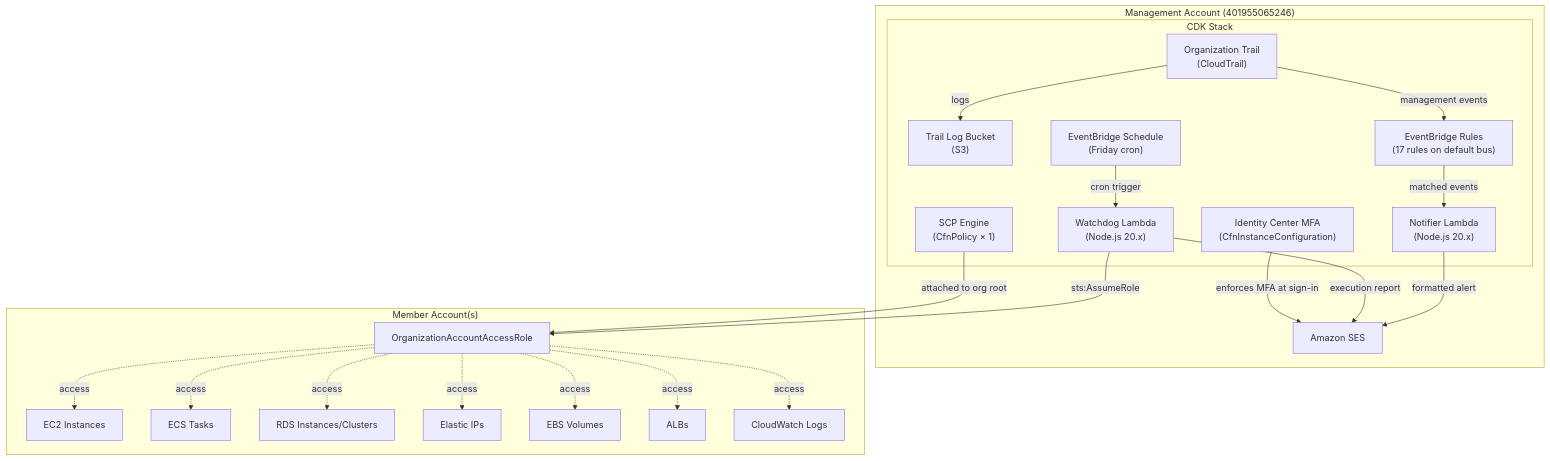
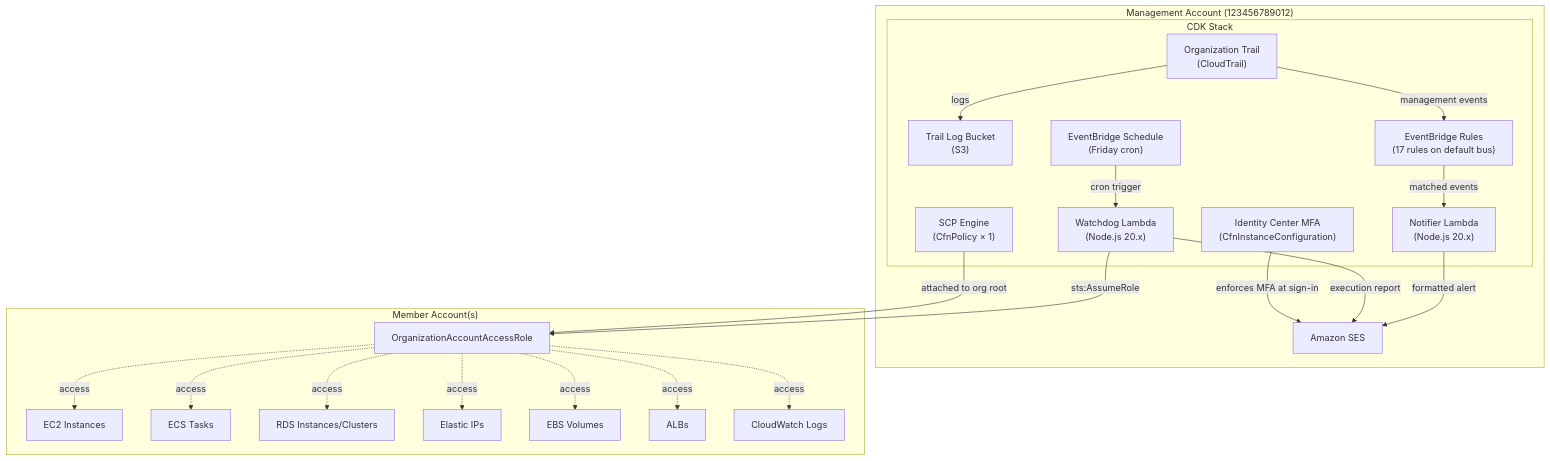
The diagram in .kiro/specs/org-security-controls/design.md (sebsto/aws-org-security-controls), drawn with Mermaid before and after one commit. The commit also changed other lines of this file and 5 other files, not shown here.

````diff
--- a/.kiro/specs/org-security-controls/design.md
+++ b/.kiro/specs/org-security-controls/design.md
@@ -30,46 +30,46 @@
 ```mermaid
 graph TB
-    subgraph "Management Account (401955065246)"
+    subgraph "Management Account (123456789012)"
         subgraph "CDK Stack"
             SCP_Engine["SCP Engine<br/>(CfnPolicy × 1)"]
             IDC_MFA["Identity Center MFA<br/>(CfnInstanceConfiguration)"]
             OrgTrail["Organization Trail<br/>(CloudTrail)"]
             S3Bucket["Trail Log Bucket<br/>(S3)"]
             EB_Rules["EventBridge Rules<br/>(17 rules on default bus)"]
             NotifierLambda["Notifier Lambda<br/>(Node.js 20.x)"]
             WatchdogLambda["Watchdog Lambda<br/>(Node.js 20.x)"]
             Schedule["EventBridge Schedule<br/>(Friday cron)"]
         end
         
         SES["Amazon SES"]
     end
     
     subgraph "Member Account(s)"
         MemberRole["OrganizationAccountAccessRole"]
         EC2["EC2 Instances"]
         ECS["ECS Tasks"]
         RDS["RDS Instances/Clusters"]
         EIP["Elastic IPs"]
         EBS["EBS Volumes"]
         ALB["ALBs"]
         CWLogs["CloudWatch Logs"]
     end
     
     OrgTrail -->|"logs"| S3Bucket
     OrgTrail -->|"management events"| EB_Rules
     EB_Rules -->|"matched events"| NotifierLambda
     NotifierLambda -->|"formatted alert"| SES
     Schedule -->|"cron trigger"| WatchdogLambda
     WatchdogLambda -->|"sts:AssumeRole"| MemberRole
     WatchdogLambda -->|"execution report"| SES
     MemberRole -.->|"access"| EC2
     MemberRole -.->|"access"| ECS
     MemberRole -.->|"access"| RDS
     MemberRole -.->|"access"| EIP
     MemberRole -.->|"access"| EBS
     MemberRole -.->|"access"| ALB
     MemberRole -.->|"access"| CWLogs
     
     SCP_Engine -->|"attached to org root"| MemberRole
     IDC_MFA -->|"enforces MFA at sign-in"| SES
 ```
````
